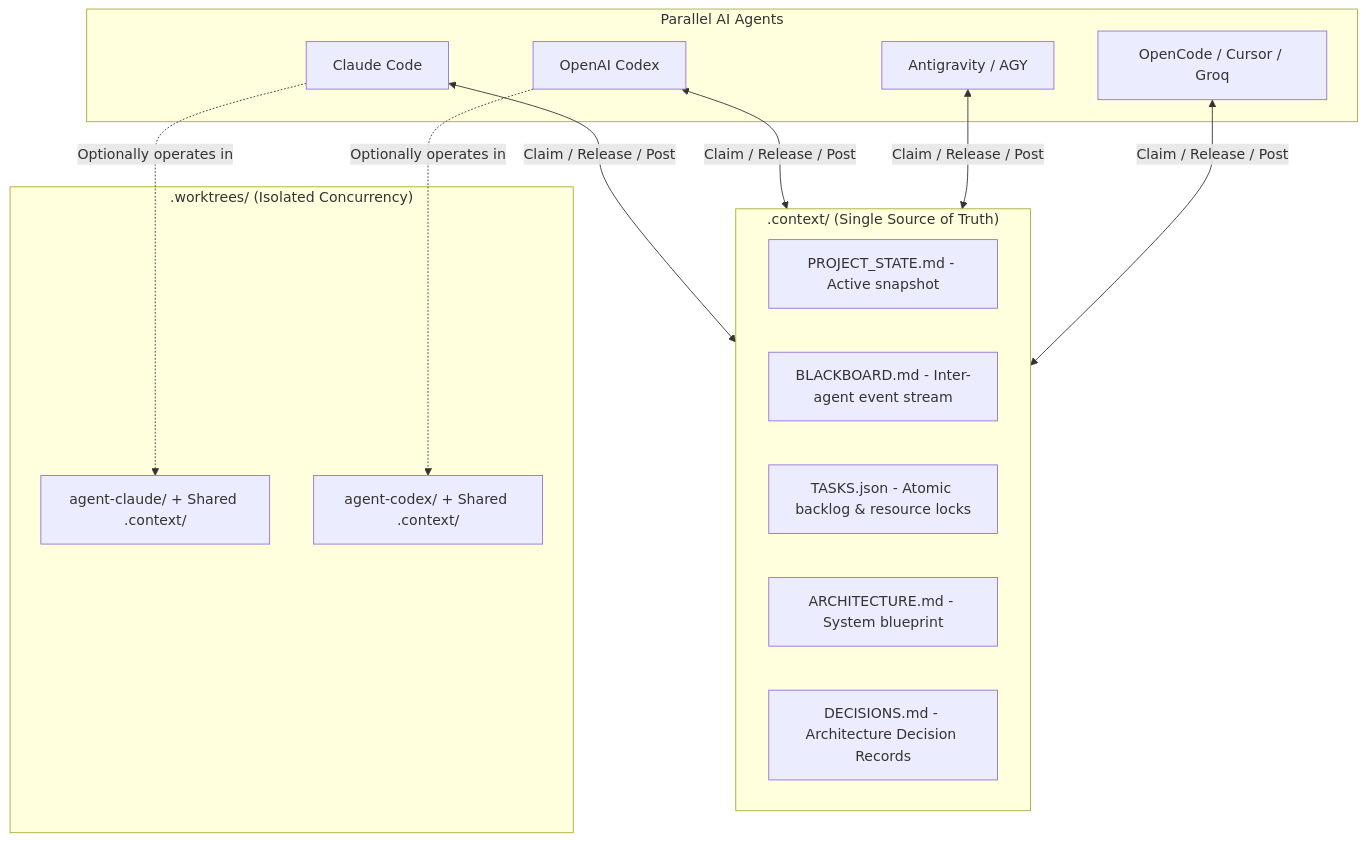
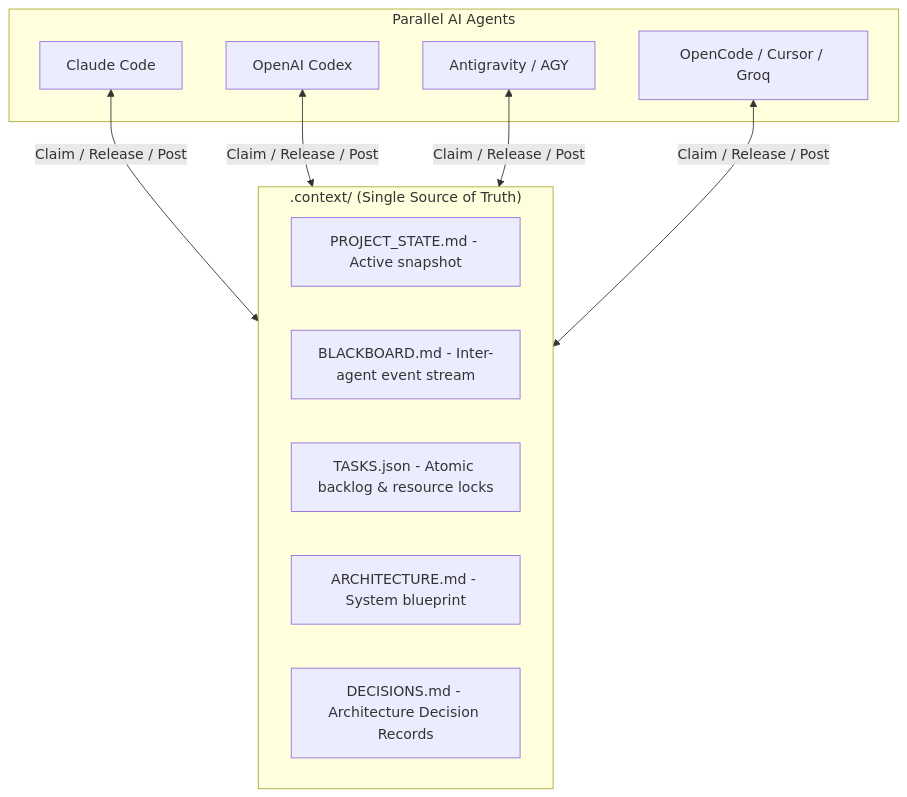
One commit to chathuwa-whiz/Sinmate changed the second of 2 diagrams in README.md. Above: the diagram before and after it, drawn with Mermaid. The commit also changed other lines of this file and 16 other files, not shown here.

````diff
--- a/README.md
+++ b/README.md
@@ -19,30 +154,22 @@
 ```mermaid
 flowchart TD
     subgraph Agents ["Parallel AI Agents"]
         A1[Claude Code]
         A2[OpenAI Codex]
         A3[Antigravity / AGY]
         A4[OpenCode / Cursor / Groq]
     end
 
     subgraph NerveCenter [".context/ (Single Source of Truth)"]
         S1[PROJECT_STATE.md - Active snapshot]
         S2[BLACKBOARD.md - Inter-agent event stream]
         S3[TASKS.json - Atomic backlog & resource locks]
         S4[ARCHITECTURE.md - System blueprint]
         S5[DECISIONS.md - Architecture Decision Records]
     end
 
     A1 <-->|Claim / Release / Post| NerveCenter
     A2 <-->|Claim / Release / Post| NerveCenter
     A3 <-->|Claim / Release / Post| NerveCenter
     A4 <-->|Claim / Release / Post| NerveCenter
-
-    subgraph Worktrees [".worktrees/ (Isolated Concurrency)"]
-        W1[agent-claude/ + Shared .context/]
-        W2[agent-codex/ + Shared .context/]
-    end
-
-    A1 -.->|Optionally operates in| W1
-    A2 -.->|Optionally operates in| W2
 ```
````
